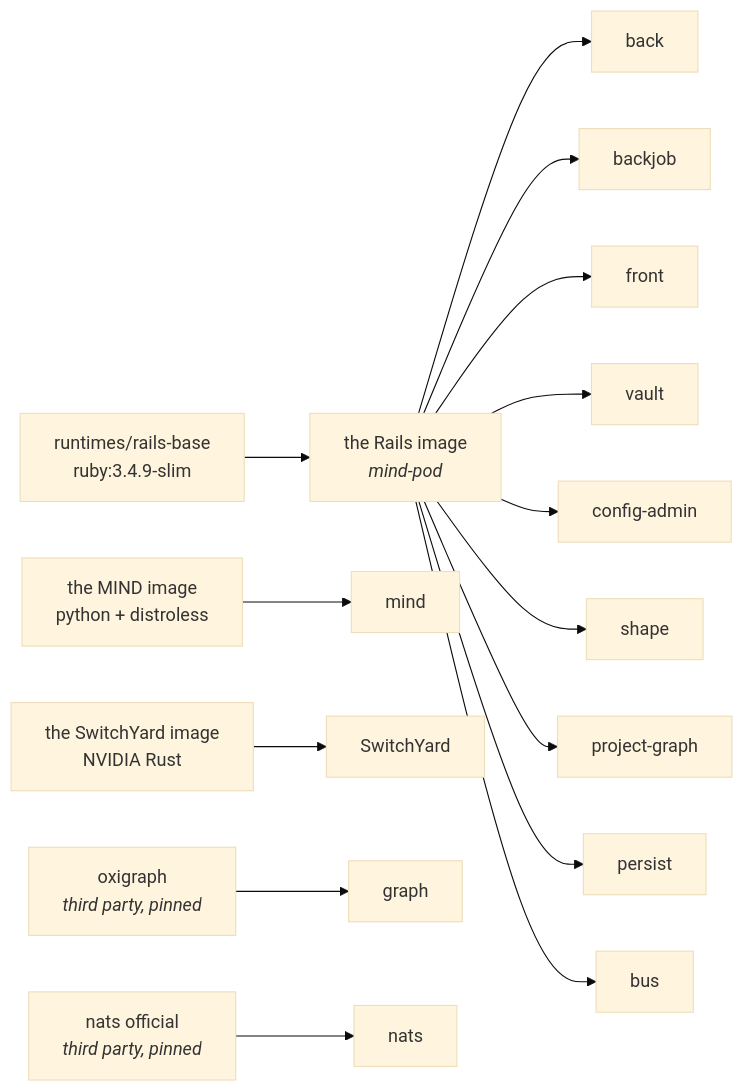
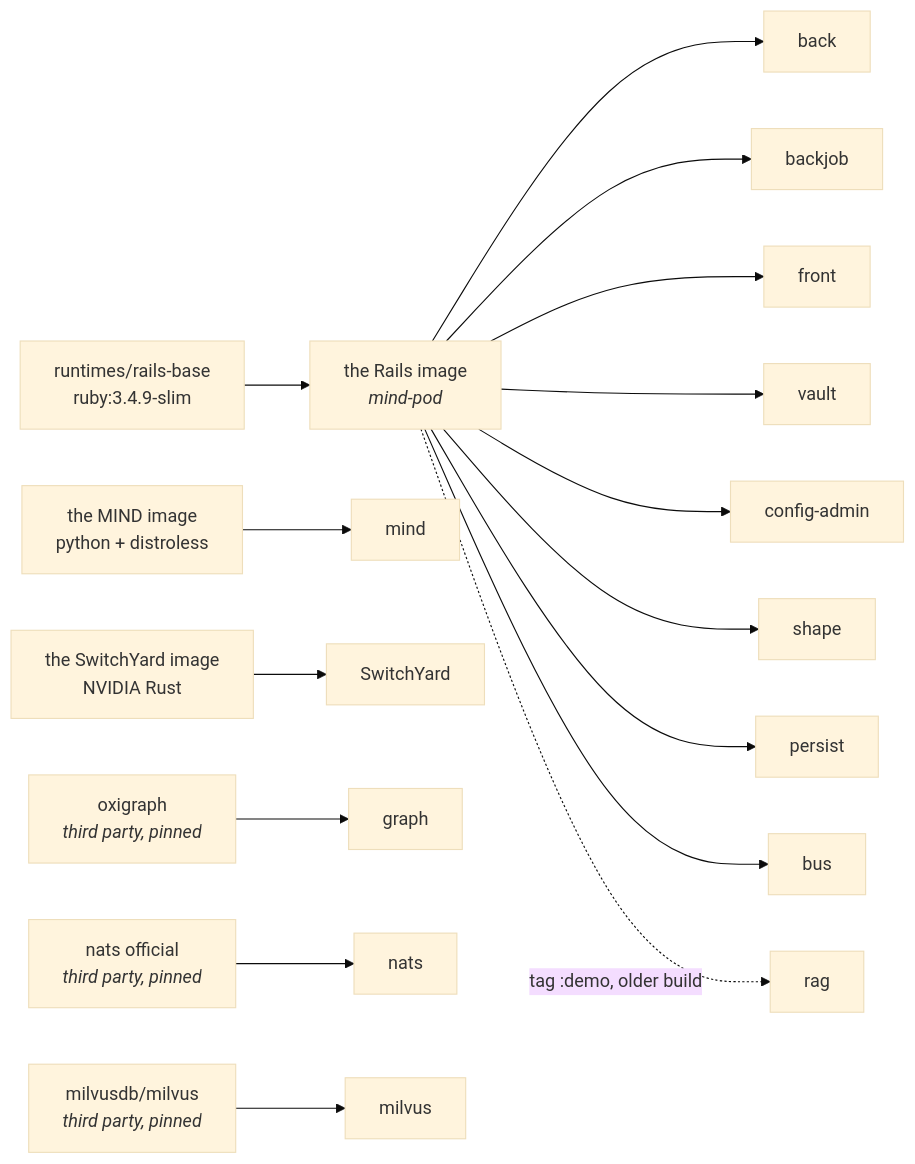
One commit to laquereric/magentic-stack changed the third of 6 diagrams in docs/architecture/ContainerTopology.md. Above: the diagram before and after it, drawn with Mermaid (base theme). The commit also changed other lines of this file, not shown here.

First line of the commit message:
ContainerTopology said twelve, listed a phantom, and missed a tag

````diff
--- a/docs/architecture/ContainerTopology.md
+++ b/docs/architecture/ContainerTopology.md
@@ -141,17 +153,18 @@
 ```mermaid
 graph LR
   RB["runtimes/rails-base<br/>ruby:3.4.9-slim"] --> APP["the Rails image<br/><i>mind-pod</i>"]
   APP --> R1[back]
   APP --> R2[backjob]
   APP --> R3[front]
   APP --> R4[vault]
   APP --> R5[config-admin]
   APP --> R6[shape]
-  APP --> R7[project-graph]
   APP --> R8[persist]
   APP --> R9[bus]
+  APP -.->|"tag :demo, older build"| R10[rag]
   PY["the MIND image<br/>python + distroless"] --> M[mind]
   RS["the SwitchYard image<br/>NVIDIA Rust"] --> S[SwitchYard]
   OX["oxigraph<br/><i>third party, pinned</i>"] --> G[graph]
   NATSIMG["nats official<br/><i>third party, pinned</i>"] --> N[nats]
+  MV["milvusdb/milvus<br/><i>third party, pinned</i>"] --> MVC[milvus]
 ```
````
